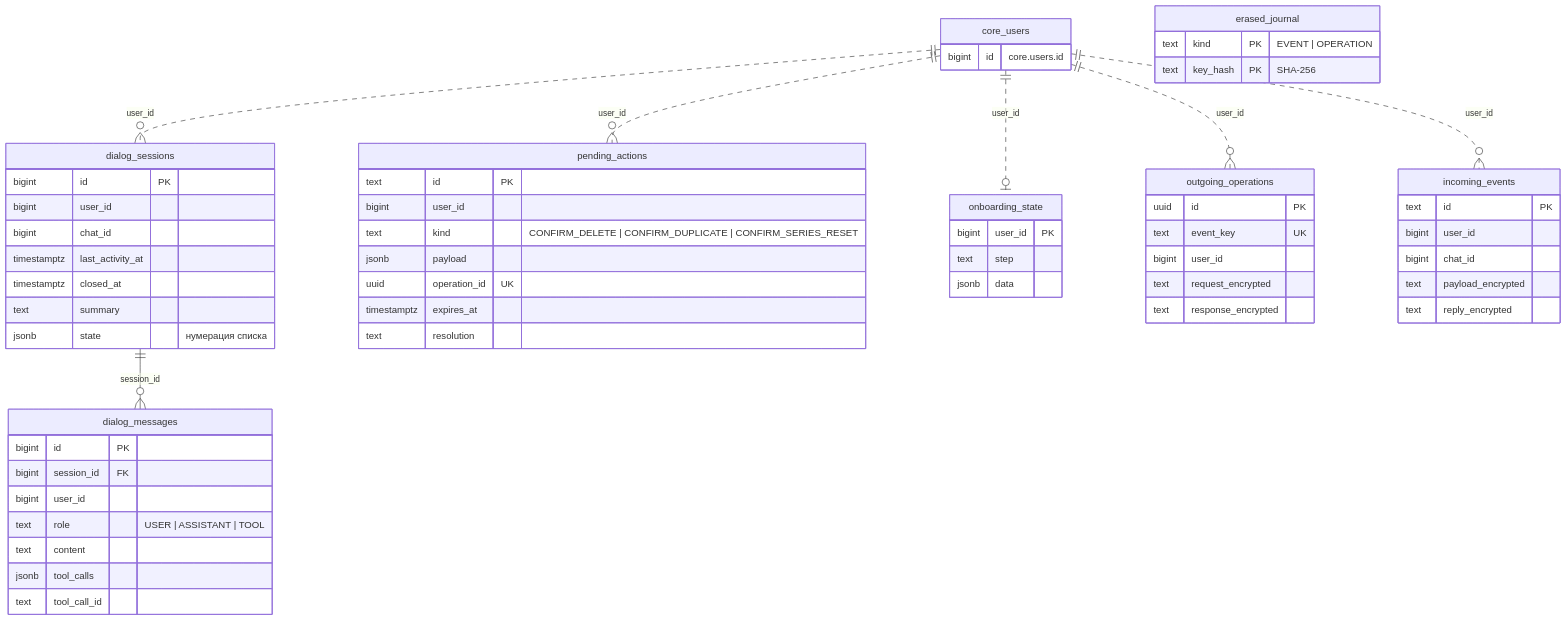
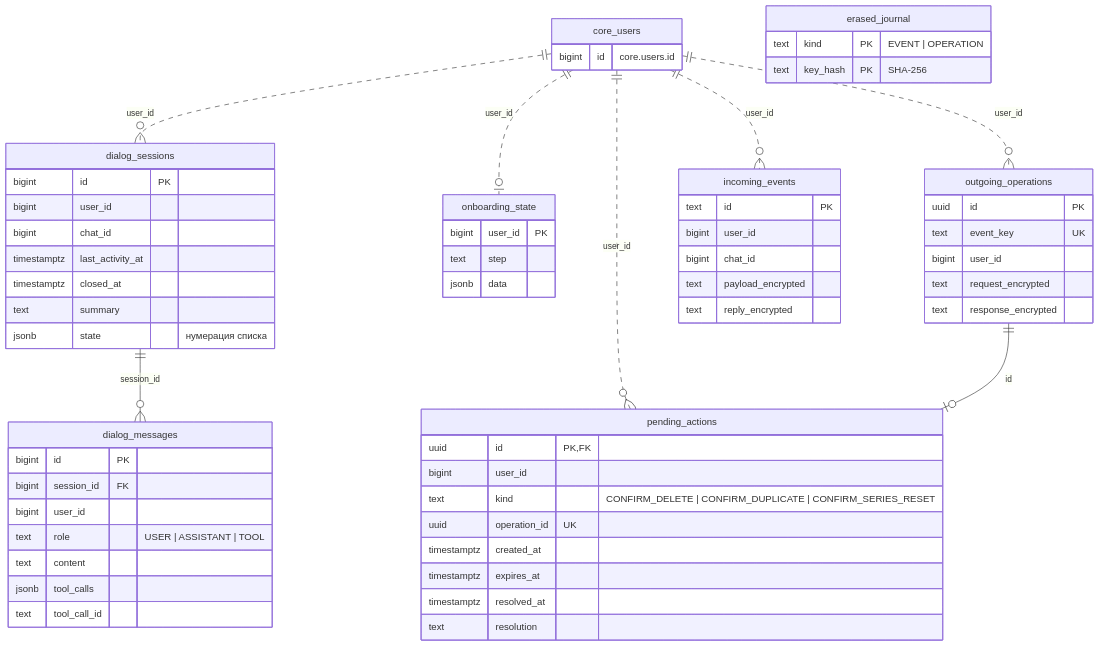
One commit to 1Avalanche/theseus changed the second of 4 diagrams in docs/database.md. Above: the diagram before and after it, drawn with Mermaid. The commit also changed other lines of this file and 87 other files, not shown here.

````diff
--- a/docs/database.md
+++ b/docs/database.md
@@ -113,63 +114,65 @@
 ```mermaid
 erDiagram
     core_users ||..o{ dialog_sessions : "user_id"
     core_users ||..o{ pending_actions : "user_id"
     core_users ||..o| onboarding_state : "user_id"
     core_users ||..o{ outgoing_operations : "user_id"
     core_users ||..o{ incoming_events : "user_id"
     dialog_sessions ||--o{ dialog_messages : "session_id"
+    outgoing_operations ||--o| pending_actions : "id"
 
     core_users {
         bigint id "core.users.id"
     }
     dialog_sessions {
         bigint id PK
         bigint user_id
         bigint chat_id
         timestamptz last_activity_at
         timestamptz closed_at
         text summary
         jsonb state "нумерация списка"
     }
     dialog_messages {
         bigint id PK
         bigint session_id FK
         bigint user_id
         text role "USER | ASSISTANT | TOOL"
         text content
         jsonb tool_calls
         text tool_call_id
     }
     pending_actions {
-        text id PK
+        uuid id PK,FK
         bigint user_id
         text kind "CONFIRM_DELETE | CONFIRM_DUPLICATE | CONFIRM_SERIES_RESET"
-        jsonb payload
         uuid operation_id UK
+        timestamptz created_at
         timestamptz expires_at
+        timestamptz resolved_at
         text resolution
     }
     onboarding_state {
         bigint user_id PK
         text step
         jsonb data
     }
     outgoing_operations {
         uuid id PK
         text event_key UK
         bigint user_id
         text request_encrypted
         text response_encrypted
     }
     incoming_events {
         text id PK
         bigint user_id
         bigint chat_id
         text payload_encrypted
         text reply_encrypted
     }
     erased_journal {
         text kind PK "EVENT | OPERATION"
         text key_hash PK "SHA-256"
     }
 ```
````
